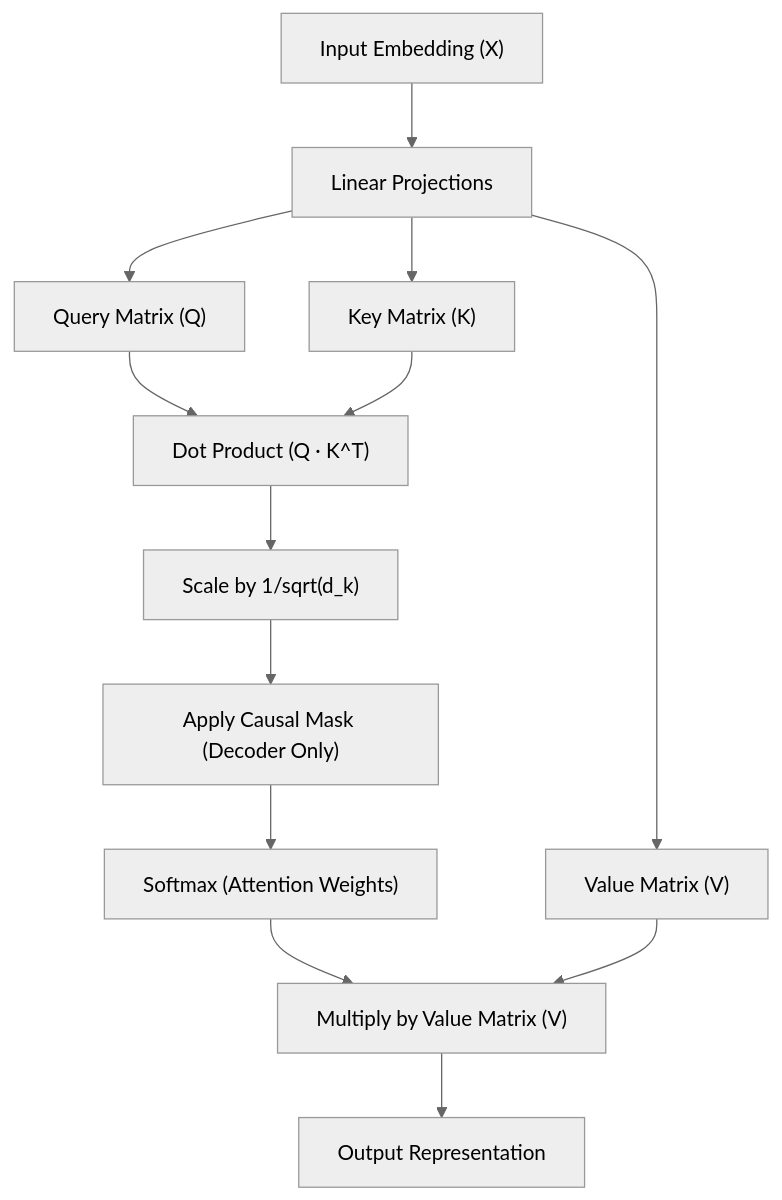
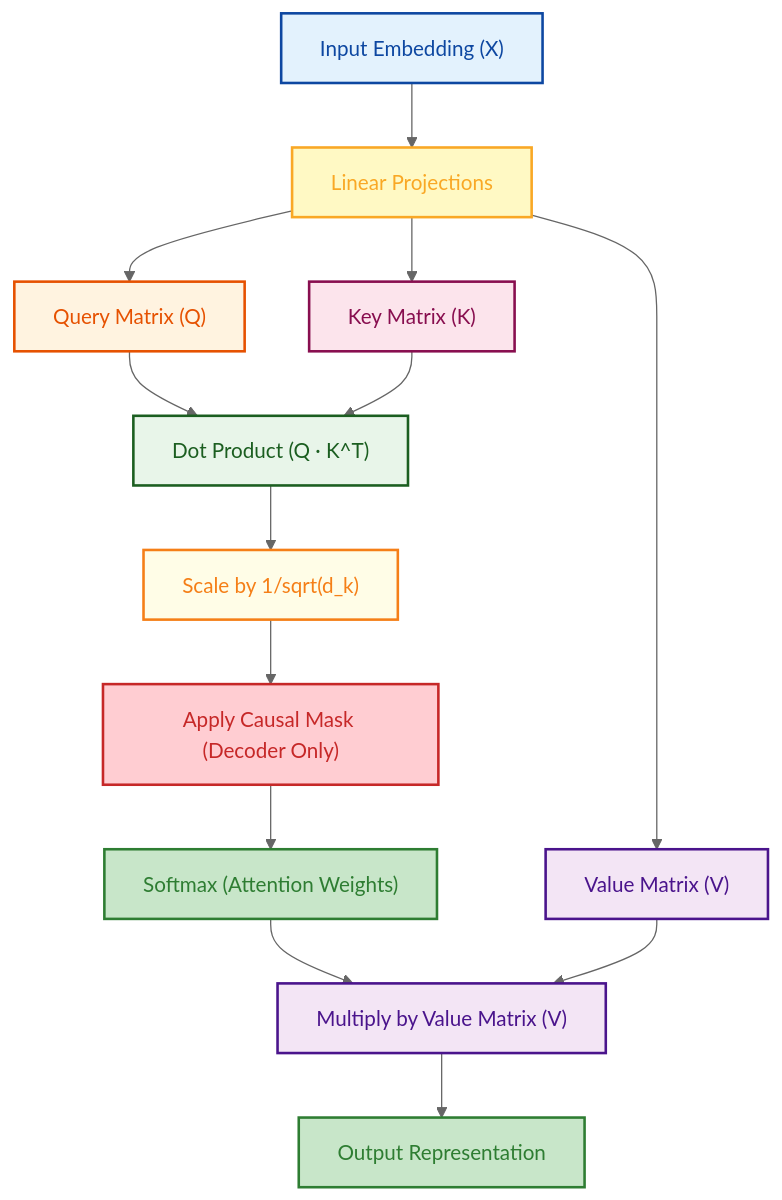
One commit to GyanendraChaubey/AI-Engineering-Notes changed the first of 2 diagrams in docs/07-language-models/README.md. Above: the diagram before and after it, drawn with Mermaid (neutral theme). The commit also changed other lines of this file and 15 other files, not shown here.

Commit message:
style: apply light color palette to remaining Mermaid diagrams (docs 15 & 16)

````diff
--- a/docs/07-language-models/README.md
+++ b/docs/07-language-models/README.md
@@ -17,18 +17,29 @@
 ```mermaid
 flowchart TD
     A["Input Embedding (X)"] --> B["Linear Projections"]
     B --> C["Query Matrix (Q)"]
     B --> D["Key Matrix (K)"]
     B --> E["Value Matrix (V)"]
     
     C --> F["Dot Product (Q · K^T)"]
     D --> F
     
     F --> G["Scale by 1/sqrt(d_k)"]
     G --> H["Apply Causal Mask (Decoder Only)"]
     H --> I["Softmax (Attention Weights)"]
     
     I --> J["Multiply by Value Matrix (V)"]
     E --> J
     J --> K["Output Representation"]
+    style A fill:#e3f2fd,stroke:#0d47a1,stroke-width:2px,color:#0d47a1
+    style B fill:#fff9c4,stroke:#f9a825,stroke-width:2px,color:#f9a825
+    style C fill:#fff3e0,stroke:#e65100,stroke-width:2px,color:#e65100
+    style D fill:#fce4ec,stroke:#880e4f,stroke-width:2px,color:#880e4f
+    style E fill:#f3e5f5,stroke:#4a148c,stroke-width:2px,color:#4a148c
+    style F fill:#e8f5e9,stroke:#1b5e20,stroke-width:2px,color:#1b5e20
+    style G fill:#fffde7,stroke:#f57f17,stroke-width:2px,color:#f57f17
+    style H fill:#ffcdd2,stroke:#c62828,stroke-width:2px,color:#c62828
+    style I fill:#c8e6c9,stroke:#2e7d32,stroke-width:2px,color:#2e7d32
+    style J fill:#f3e5f5,stroke:#4a148c,stroke-width:2px,color:#4a148c
+    style K fill:#c8e6c9,stroke:#2e7d32,stroke-width:2px,color:#2e7d32
 ```
````
